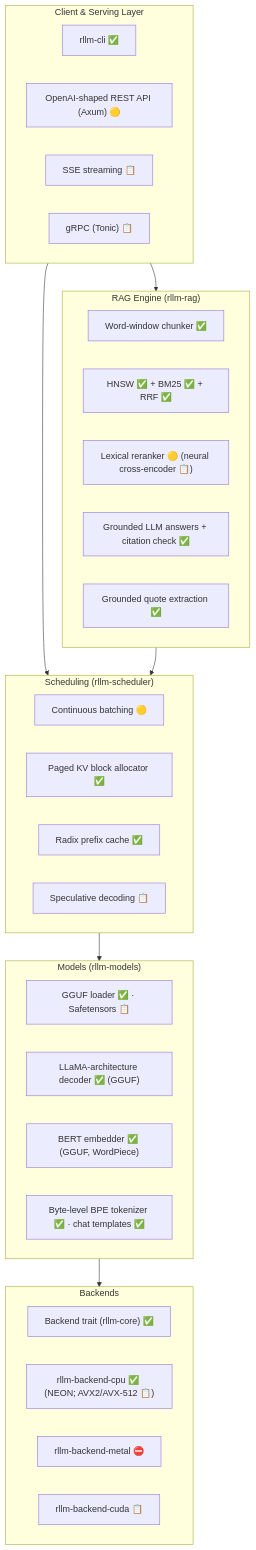
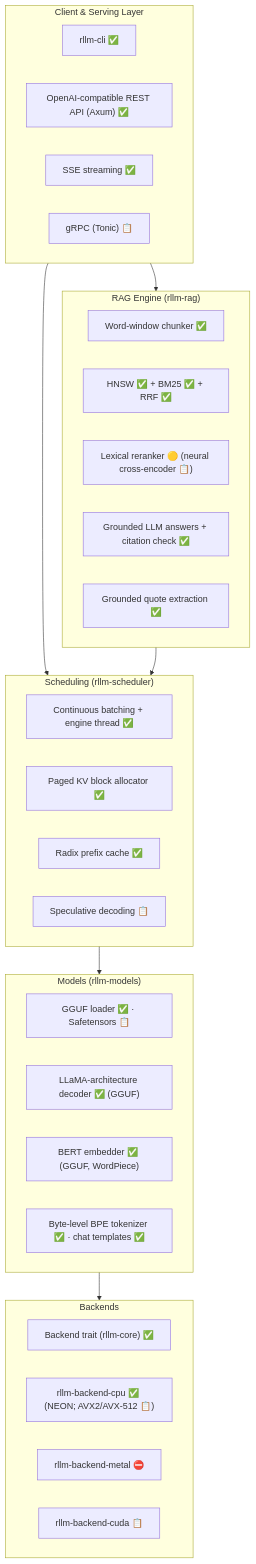
One commit to tovganesh/rllm changed the diagram in docs/ARCHITECTURE.md. Above: the diagram before and after it, drawn with Mermaid. The commit also changed other lines of this file and 15 other files, not shown here.

````diff
--- a/docs/ARCHITECTURE.md
+++ b/docs/ARCHITECTURE.md
@@ -11,44 +11,44 @@
 ```mermaid
 flowchart TD
     subgraph ClientLayer ["Client & Serving Layer"]
         CLI["rllm-cli ✅"]
-        HTTP["OpenAI-shaped REST API (Axum) 🟡"]
-        SSE["SSE streaming 📋"]
+        HTTP["OpenAI-compatible REST API (Axum) ✅"]
+        SSE["SSE streaming ✅"]
         GRPC["gRPC (Tonic) 📋"]
     end
 
     subgraph RagEngine ["RAG Engine (rllm-rag)"]
         Chunker["Word-window chunker ✅"]
         HybridIndex["HNSW ✅ + BM25 ✅ + RRF ✅"]
         Reranker["Lexical reranker 🟡 (neural cross-encoder 📋)"]
         Answer["Grounded LLM answers + citation check ✅"]
         Grounding["Grounded quote extraction ✅"]
     end
 
     subgraph SchedulerLayer ["Scheduling (rllm-scheduler)"]
-        Batcher["Continuous batching 🟡"]
+        Batcher["Continuous batching + engine thread ✅"]
         Paged["Paged KV block allocator ✅"]
         Radix["Radix prefix cache ✅"]
         SpecDec["Speculative decoding 📋"]
     end
 
     subgraph ModelLayer ["Models (rllm-models)"]
         Weights["GGUF loader ✅ · Safetensors 📋"]
         Llama["LLaMA-architecture decoder ✅ (GGUF)"]
         Embed["BERT embedder ✅ (GGUF, WordPiece)"]
         Tok["Byte-level BPE tokenizer ✅ · chat templates ✅"]
     end
 
     subgraph ComputeLayer ["Backends"]
         Trait["Backend trait (rllm-core) ✅"]
         CPU["rllm-backend-cpu ✅ (NEON; AVX2/AVX-512 📋)"]
         Metal["rllm-backend-metal ⛔"]
         CUDA["rllm-backend-cuda 📋"]
     end
 
     ClientLayer --> RagEngine
     ClientLayer --> SchedulerLayer
     RagEngine --> SchedulerLayer
     SchedulerLayer --> ModelLayer
     ModelLayer --> ComputeLayer
 ```
````
